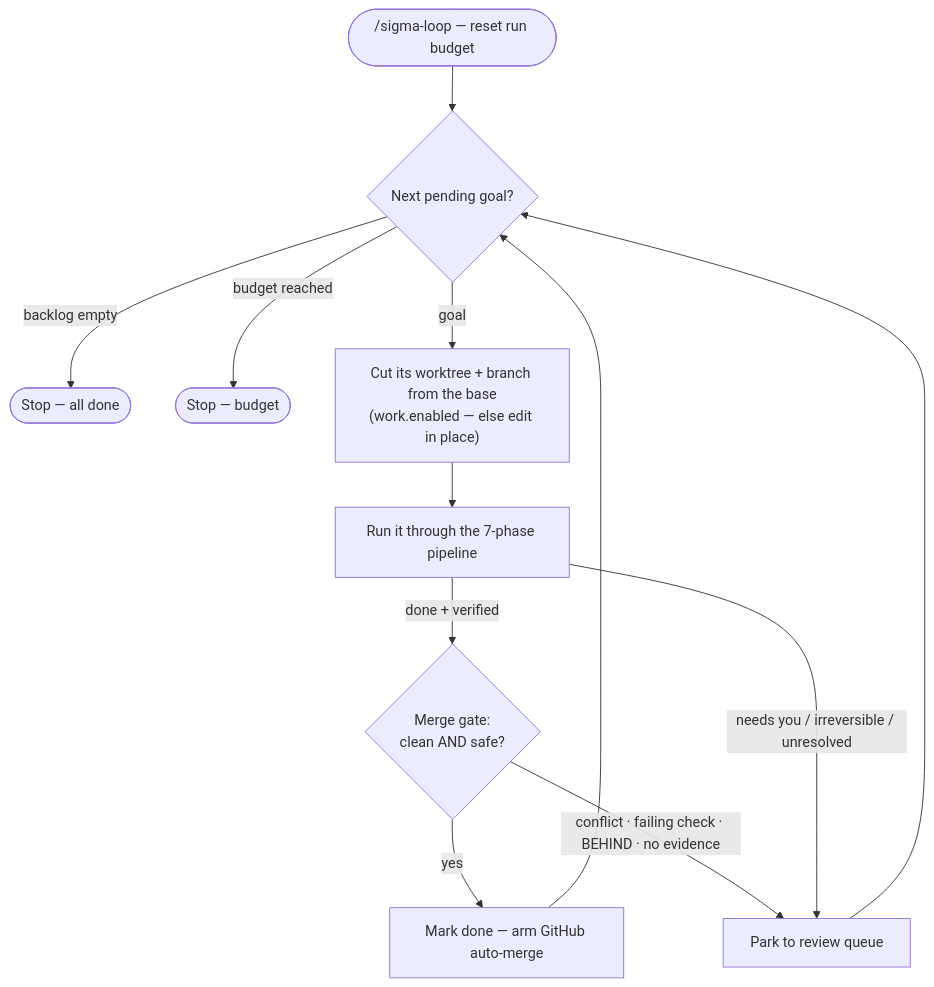
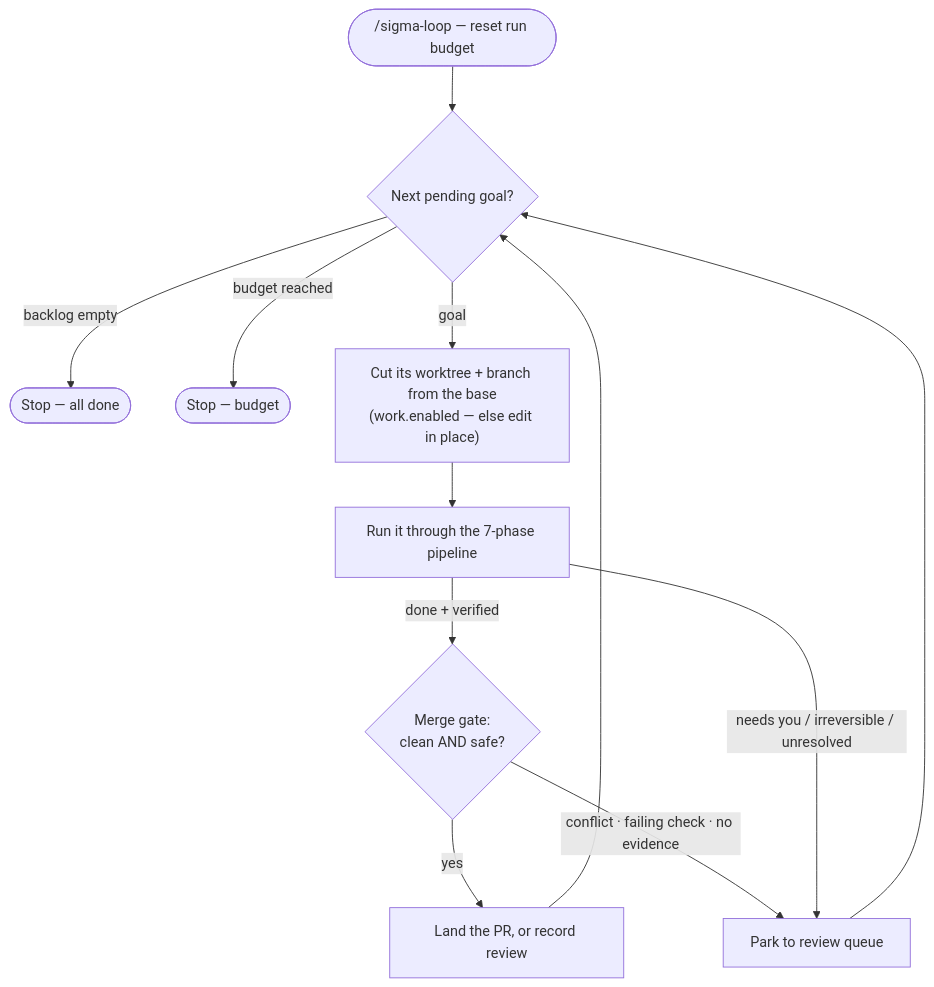
Before and after one commit to Agrim-Intelligence/sigma: the third of 3 diagrams in docs/architecture.md, drawn with Mermaid. The commit also changed other lines of this file and 24 other files, not shown here.

````diff
--- a/docs/architecture.md
+++ b/docs/architecture.md
@@ -73,14 +73,14 @@
 ```mermaid
 flowchart TD
     ST(["/sigma-loop — reset run budget"]) --> NX{"Next pending goal?"}
     NX -->|"backlog empty"| SD(["Stop — all done"])
     NX -->|"budget reached"| SB(["Stop — budget"])
     NX -->|"goal"| WT["Cut its worktree + branch from the base<br/>(work.enabled — else edit in place)"]
     WT --> RUN["Run it through the 7-phase pipeline"]
     RUN -->|"done + verified"| GATE{"Merge gate:<br/>clean AND safe?"}
-    GATE -->|"yes"| CMP["Mark done — arm GitHub auto-merge"]
-    GATE -->|"conflict · failing check · BEHIND · no evidence"| PRK
+    GATE -->|"yes"| CMP["Land the PR, or record review"]
+    GATE -->|"conflict · failing check · no evidence"| PRK
     RUN -->|"needs you / irreversible / unresolved"| PRK["Park to review queue"]
     CMP --> NX
     PRK --> NX
 ```
````
